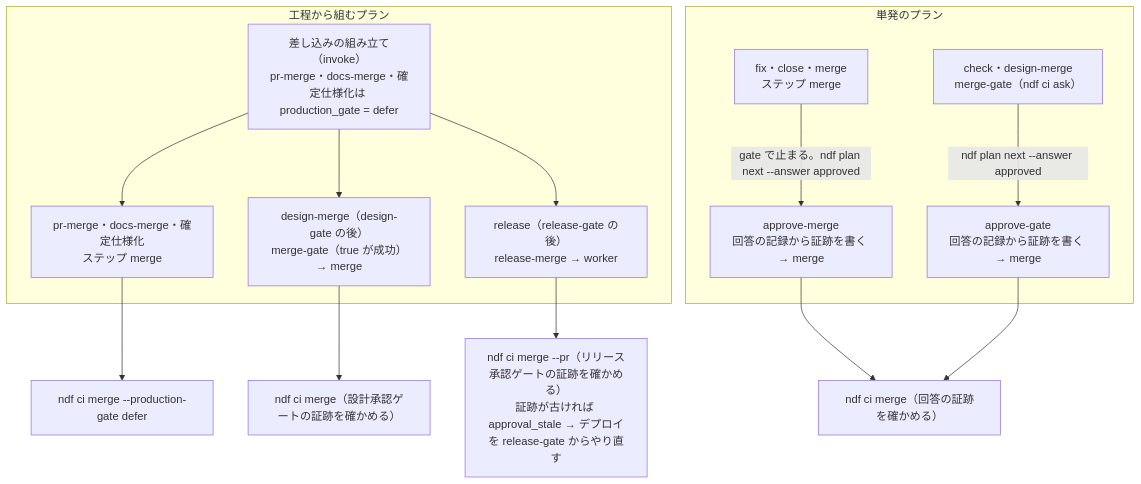
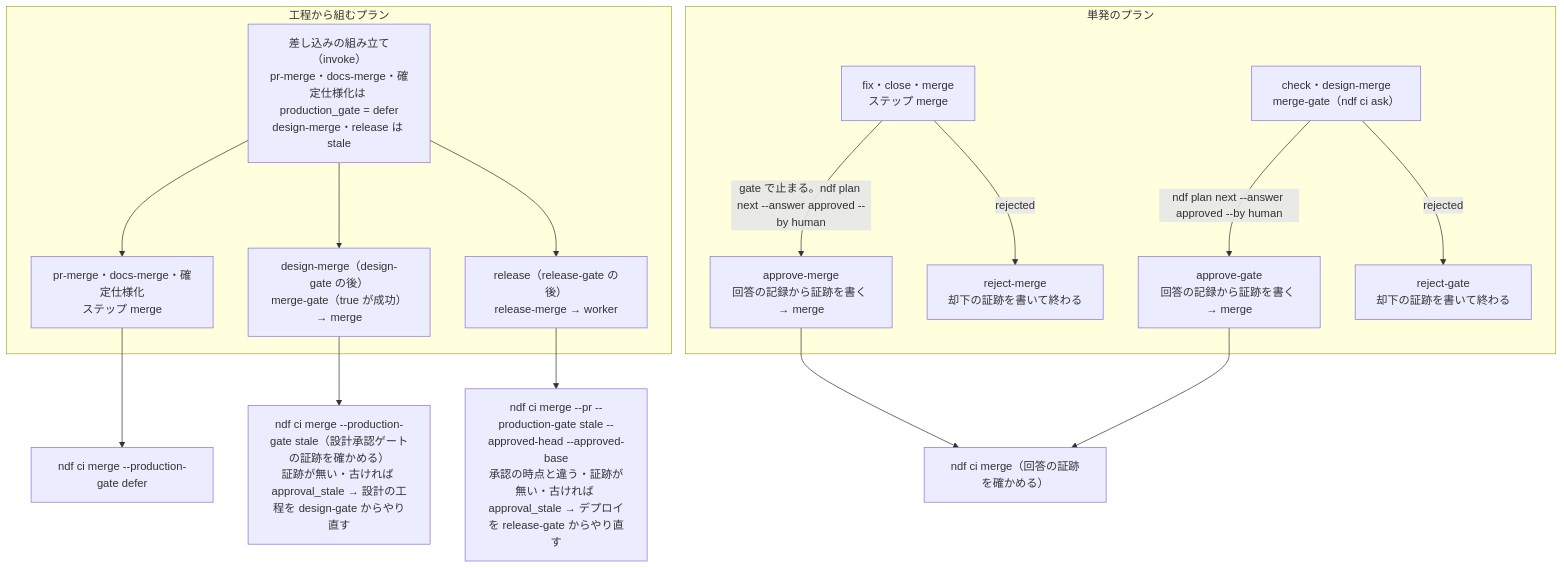
One commit to devbasex/ai-plugins changed the third of 4 diagrams in issues/issue-4409-design.md. Above: the diagram before and after it, drawn with Mermaid. The commit also changed other lines of this file, not shown here.

````diff
--- a/issues/issue-4409-design.md
+++ b/issues/issue-4409-design.md
@@ -148,18 +158,20 @@
 ```mermaid
 graph TD
     subgraph 工程から組むプラン
-        IV["差し込みの組み立て（invoke）<br/>pr-merge・docs-merge・確定仕様化は production_gate = defer"]
+        IV["差し込みの組み立て（invoke）<br/>pr-merge・docs-merge・確定仕様化は production_gate = defer<br/>design-merge・release は stale"]
         IV --> S1["pr-merge・docs-merge・確定仕様化<br/>ステップ merge"]
         IV --> S2["design-merge（design-gate の後）<br/>merge-gate（true が成功）→ merge"]
         IV --> S3["release（release-gate の後）<br/>release-merge → worker"]
     end
     subgraph 単発のプラン
-        U1["fix・close・merge<br/>ステップ merge"] -->|gate で止まる。ndf plan next --answer approved| U1b["approve-merge<br/>回答の記録から証跡を書く → merge"]
-        U3["check・design-merge<br/>merge-gate（ndf ci ask）"] -->|ndf plan next --answer approved| U3b["approve-gate<br/>回答の記録から証跡を書く → merge"]
+        U1["fix・close・merge<br/>ステップ merge"] -->|gate で止まる。ndf plan next --answer approved --by human| U1b["approve-merge<br/>回答の記録から証跡を書く → merge"]
+        U3["check・design-merge<br/>merge-gate（ndf ci ask）"] -->|ndf plan next --answer approved --by human| U3b["approve-gate<br/>回答の記録から証跡を書く → merge"]
+        U1 -->|rejected| U1c["reject-merge<br/>却下の証跡を書いて終わる"]
+        U3 -->|rejected| U3c["reject-gate<br/>却下の証跡を書いて終わる"]
     end
     S1 --> CM1["ndf ci merge --production-gate defer"]
-    S2 --> CM2["ndf ci merge（設計承認ゲートの証跡を確かめる）"]
-    S3 --> CM3["ndf ci merge --pr（リリース承認ゲートの証跡を確かめる）<br/>証跡が古ければ approval_stale → デプロイを release-gate からやり直す"]
+    S2 --> CM2["ndf ci merge --production-gate stale（設計承認ゲートの証跡を確かめる）<br/>証跡が無い・古ければ approval_stale → 設計の工程を design-gate からやり直す"]
+    S3 --> CM3["ndf ci merge --pr --production-gate stale --approved-head --approved-base<br/>承認の時点と違う・証跡が無い・古ければ approval_stale → デプロイを release-gate からやり直す"]
     U1b --> CM4["ndf ci merge（回答の証跡を確かめる）"]
     U3b --> CM4
 ```
````
